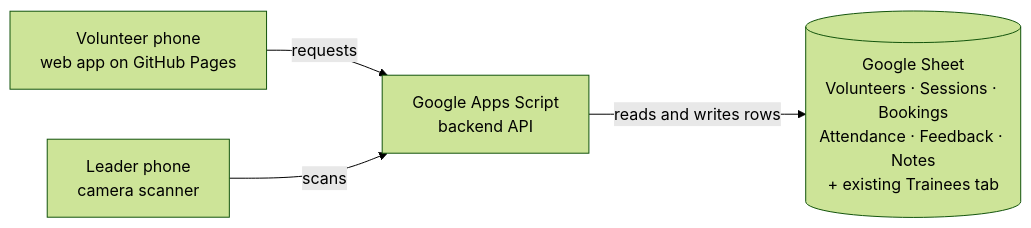
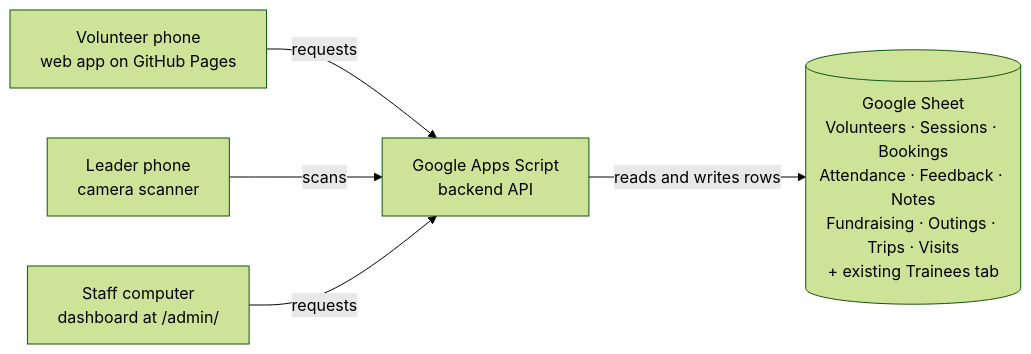
The diagram in volunteer-app/README.md (vcoder302026/T4G-Sem12627-MINDS-APP), drawn with Mermaid (forest theme) before and after one commit. The commit also changed other lines of this file and 33 other files, not shown here.

First line of the commit message:
Version 1: staff dashboard and VERSION-1 report

````diff
--- a/volunteer-app/README.md
+++ b/volunteer-app/README.md
@@ -83,6 +106,7 @@
 ```mermaid
 flowchart LR
   V[Volunteer phone<br/>web app on GitHub Pages] -- "requests" --> G[Google Apps Script<br/>backend API]
   L[Leader phone<br/>camera scanner] -- "scans" --> G
-  G -- "reads and writes rows" --> S[(Google Sheet<br/>Volunteers · Sessions · Bookings<br/>Attendance · Feedback · Notes<br/>+ existing Trainees tab)]
+  D[Staff computer<br/>dashboard at /admin/] -- "requests" --> G
+  G -- "reads and writes rows" --> S[(Google Sheet<br/>Volunteers · Sessions · Bookings<br/>Attendance · Feedback · Notes<br/>Fundraising · Outings · Trips · Visits<br/>+ existing Trainees tab)]
 ```
````
